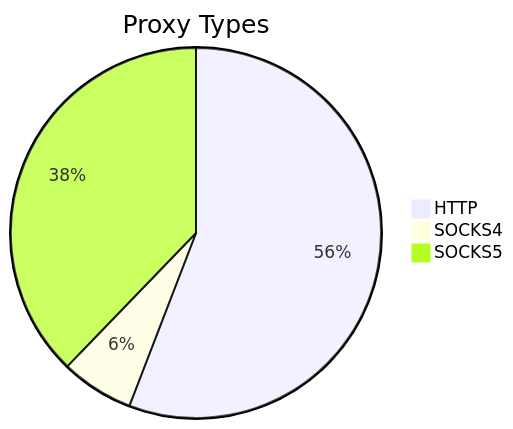
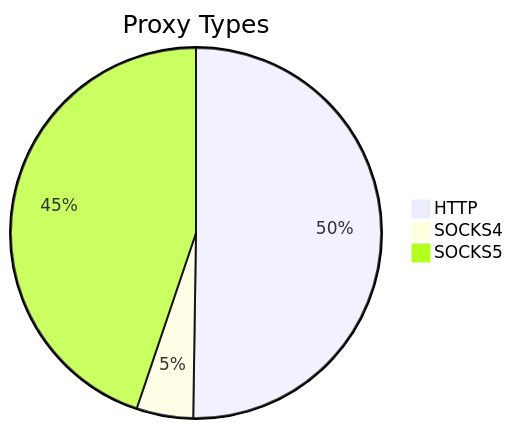
One commit to stormsia/proxy-list changed the first of 2 diagrams in README.md. Above: the diagram before and after it, drawn with Mermaid. The commit also changed other lines of this file, not shown here.

````diff
--- a/README.md
+++ b/README.md
@@ -21,6 +21,6 @@
 ```mermaid
 pie title Proxy Types
-    "HTTP" : 544
-    "SOCKS4" : 62
-    "SOCKS5" : 368
+    "HTTP" : 315
+    "SOCKS4" : 31
+    "SOCKS5" : 281
 ```
````
